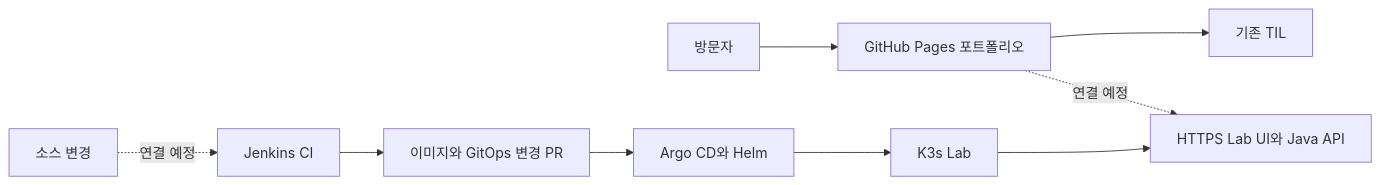
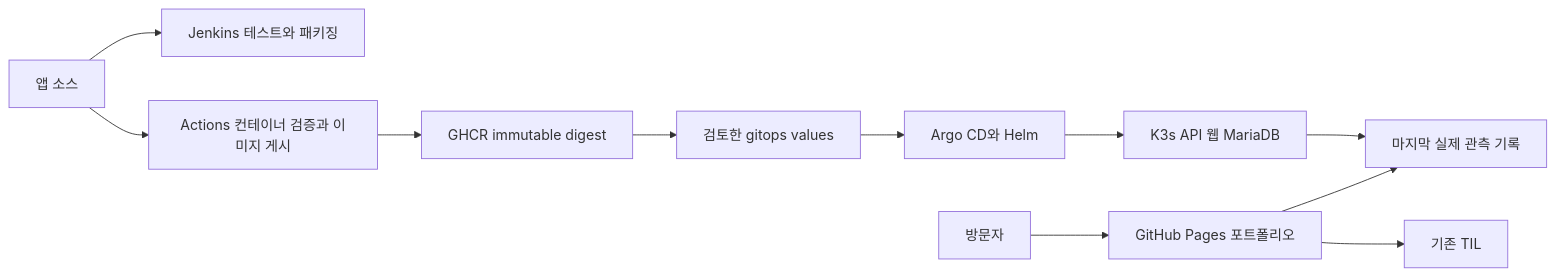
Before and after one commit to DevDooly/devdooly-platform-lab: the diagram in README.md, drawn with Mermaid. The commit also changed other lines of this file and 8 other files, not shown here.

````diff
--- a/README.md
+++ b/README.md
@@ -43,11 +44,13 @@
 ```mermaid
 flowchart LR
   V[방문자] --> P[GitHub Pages 포트폴리오]
+  P --> O[마지막 실제 관측 기록]
   P --> T[기존 TIL]
-  P -. 연결 예정 .-> L[HTTPS Lab UI와 Java API]
-  C[소스 변경] -. 연결 예정 .-> J[Jenkins CI]
-  J --> R[이미지와 GitOps 변경 PR]
-  R --> A[Argo CD와 Helm]
-  A --> K[K3s Lab]
-  K --> L
+  C[앱 소스] --> J[Jenkins 테스트와 패키징]
+  C --> G[Actions 컨테이너 검증과 이미지 게시]
+  G --> R[GHCR immutable digest]
+  R --> D[검토한 gitops values]
+  D --> A[Argo CD와 Helm]
+  A --> K[K3s API 웹 MariaDB]
+  K --> O
 ```
````
